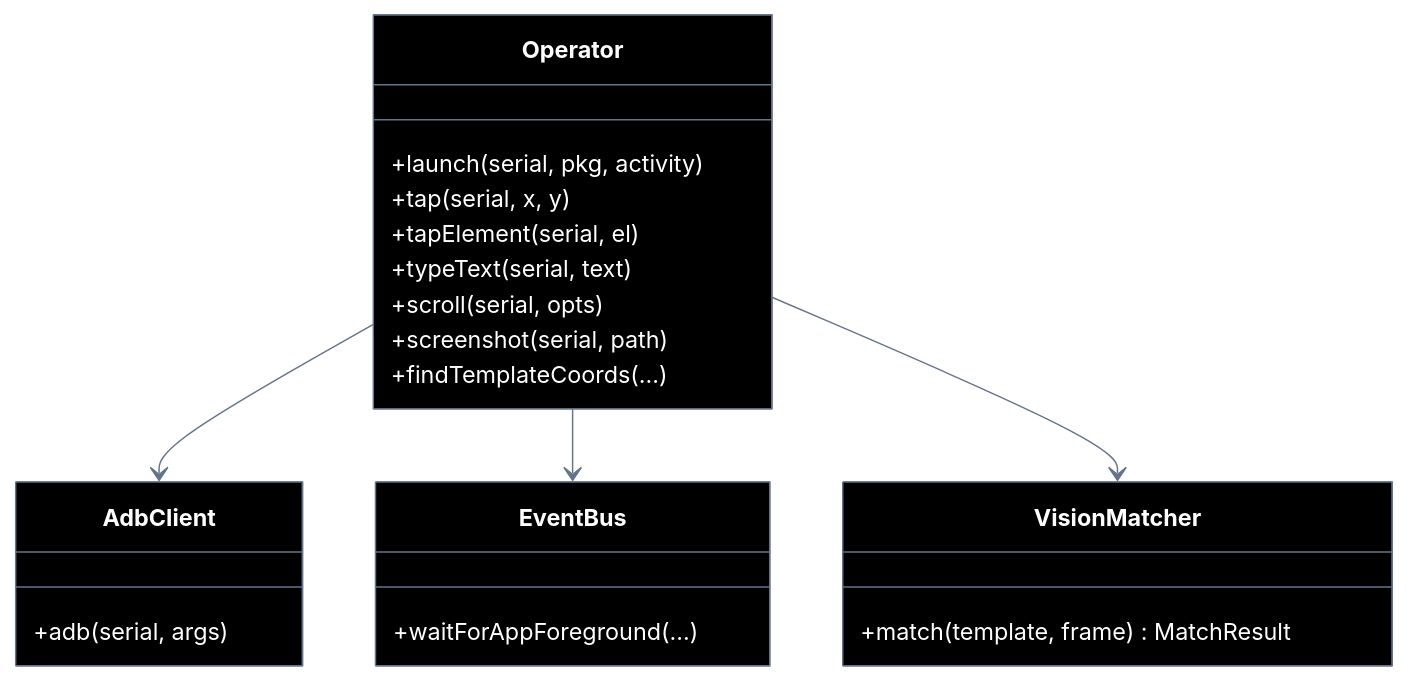
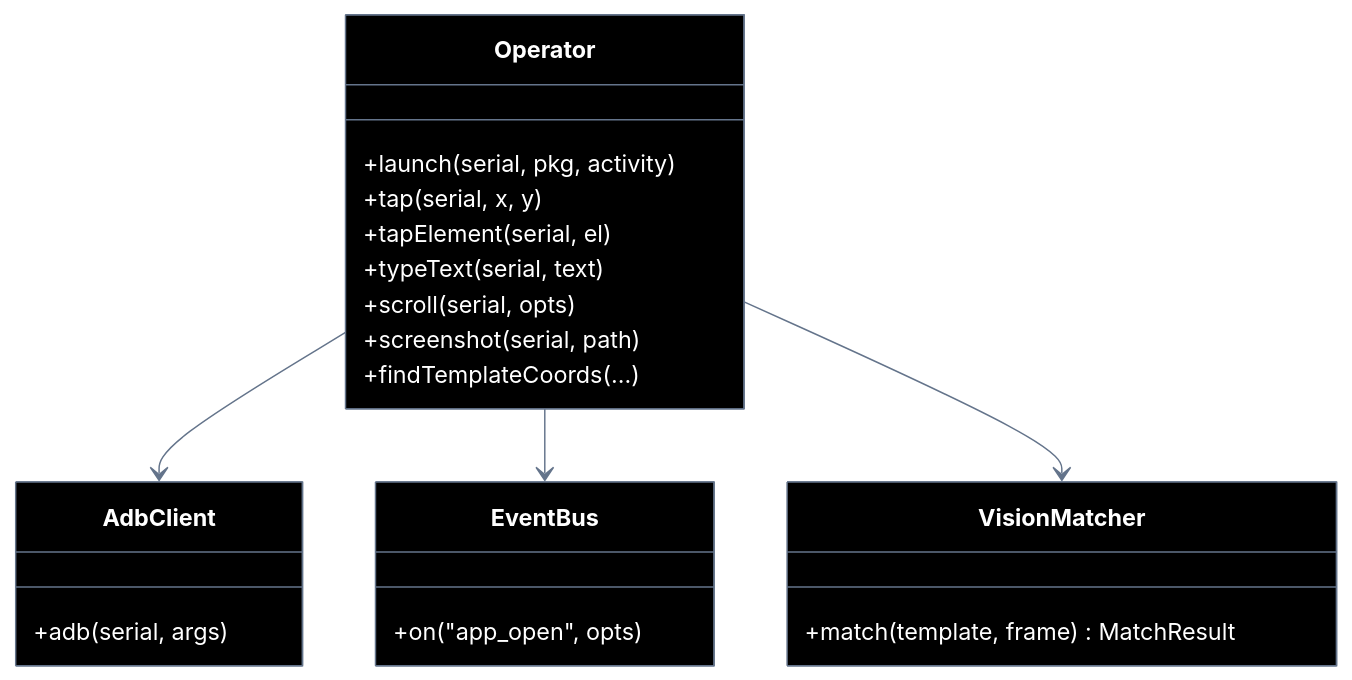
The seventh of 7 diagrams in connectmax/screen-robot/implementation-plan/EP-04-operar-tela.md (laerciogermano/workstation), drawn with Mermaid before and after one commit. The commit also changed other lines of this file and 2 other files, not shown here.

Commit message:
Troca waitFor* por on(evento) nos planos de eventos de UI.

````diff
--- a/connectmax/screen-robot/implementation-plan/EP-04-operar-tela.md
+++ b/connectmax/screen-robot/implementation-plan/EP-04-operar-tela.md
@@ -608,66 +608,66 @@
 ```mermaid
 ---
 config:
   theme: base
   themeVariables:
     darkMode: true
     background: '#000000'
     primaryColor: '#000000'
     primaryTextColor: '#ffffff'
     primaryBorderColor: '#64748b'
     secondaryColor: '#000000'
     secondaryTextColor: '#ffffff'
     secondaryBorderColor: '#64748b'
     tertiaryColor: '#000000'
     tertiaryTextColor: '#ffffff'
     tertiaryBorderColor: '#64748b'
     lineColor: '#64748b'
     textColor: '#ffffff'
     mainBkg: '#000000'
     nodeBorder: '#64748b'
     clusterBkg: '#000000'
     clusterBorder: '#333333'
     titleColor: '#ffffff'
     edgeLabelBackground: '#000000'
     actorBkg: '#000000'
     actorBorder: '#64748b'
     actorTextColor: '#ffffff'
     actorLineColor: '#333333'
     signalColor: '#94a3b8'
     signalTextColor: '#ffffff'
     labelBoxBkgColor: '#000000'
     labelBoxBorderColor: '#64748b'
     labelTextColor: '#ffffff'
     loopTextColor: '#ffffff'
     noteBorderColor: '#64748b'
     noteBkgColor: '#111111'
     noteTextColor: '#ffffff'
     activationBorderColor: '#64748b'
     activationBkgColor: '#1a1a1a'
     sequenceNumberColor: '#ffffff'
     classText: '#ffffff'
 ---
 classDiagram
   direction TB
   class Operator {
     +launch(serial, pkg, activity)
     +tap(serial, x, y)
     +tapElement(serial, el)
     +typeText(serial, text)
     +scroll(serial, opts)
     +screenshot(serial, path)
     +findTemplateCoords(...)
   }
   class VisionMatcher {
     +match(template, frame) MatchResult
   }
   class EventBus {
-    +waitForAppForeground(...)
+    +on("app_open", opts)
   }
   class AdbClient {
     +adb(serial, args)
   }
   Operator --> AdbClient
   Operator --> EventBus
   Operator --> VisionMatcher
 ```
````
